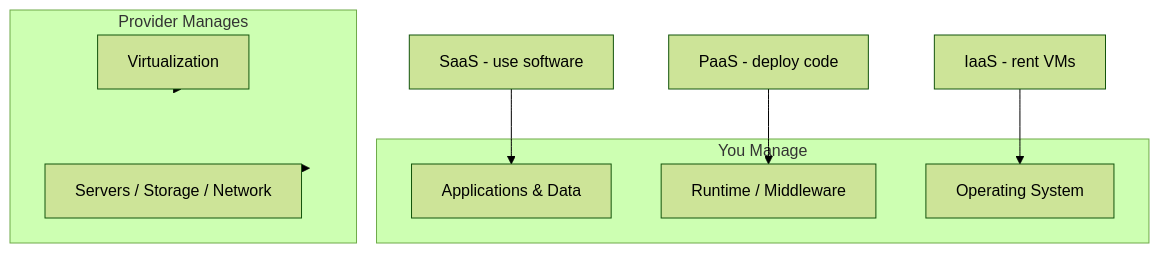
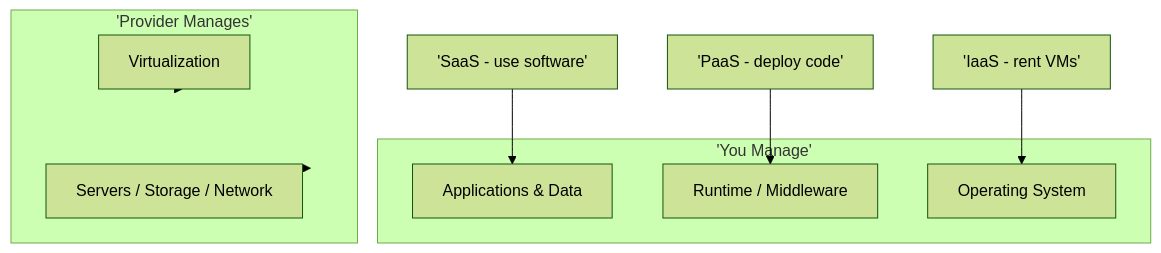
One commit to hareramcse/SystemDesign changed the second of 47 diagrams in 11-cloud-and-kubernetes/README.md. Above: the diagram before and after it, drawn with Mermaid (forest theme). The commit also changed other lines of this file and 14 other files, not shown here.

````diff
--- a/11-cloud-and-kubernetes/README.md
+++ b/11-cloud-and-kubernetes/README.md
@@ -92,18 +92,18 @@
 ```mermaid
 flowchart TB
-    subgraph YouManage["You Manage"]
+    subgraph YouManage['You Manage']
         App[Applications & Data]
         Runtime[Runtime / Middleware]
         OS[Operating System]
     end
 
-    subgraph ProviderManage["Provider Manages"]
+    subgraph ProviderManage['Provider Manages']
         Virt[Virtualization]
         Servers[Servers / Storage / Network]
     end
 
-    SaaS["SaaS  -  use software"] --> App
-    PaaS["PaaS  -  deploy code"] --> Runtime
-    IaaS["IaaS  -  rent VMs"] --> OS
+    SaaS['SaaS  -  use software'] --> App
+    PaaS['PaaS  -  deploy code'] --> Runtime
+    IaaS['IaaS  -  rent VMs'] --> OS
     Virt & Servers --> ProviderManage
 ```
````
